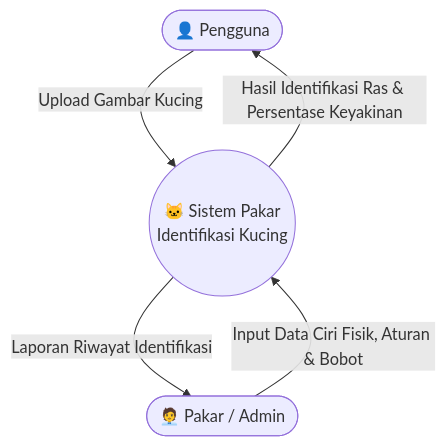
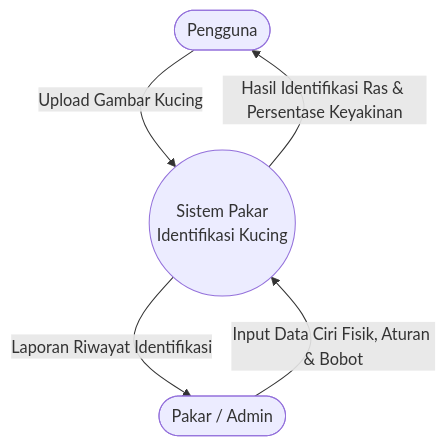
Before and after one commit to bimoBintang/identifikasi-ras-kucing: the first of 3 diagrams in DFD.md, drawn with Mermaid. The commit also changed other lines of this file and 1 other file, not shown here.

Commit message:
docs: remove emojis from mermaid diagrams

````diff
--- a/DFD.md
+++ b/DFD.md
@@ -12,12 +12,12 @@
 ```mermaid
 graph TD
-    User(["👤 Pengguna"])
-    Admin(["🧑‍💼 Pakar / Admin"])
-    Sistem(("🐱 Sistem Pakar\nIdentifikasi Kucing"))
+    User(["Pengguna"])
+    Admin(["Pakar / Admin"])
+    Sistem(("Sistem Pakar\nIdentifikasi Kucing"))
 
     User -- "Upload Gambar Kucing" --> Sistem
     Sistem -- "Hasil Identifikasi Ras & Persentase Keyakinan" --> User
 
     Admin -- "Input Data Ciri Fisik, Aturan & Bobot" --> Sistem
     Sistem -- "Laporan Riwayat Identifikasi" --> Admin
 ```
````
